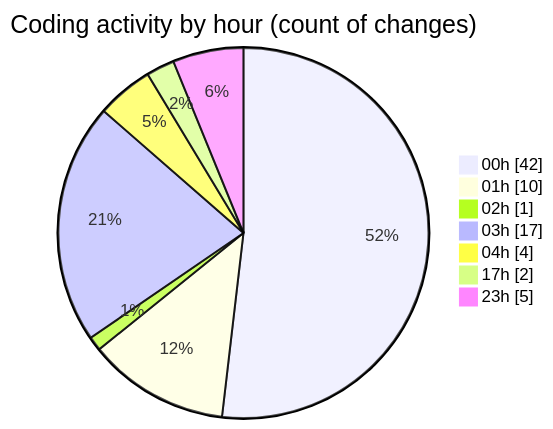
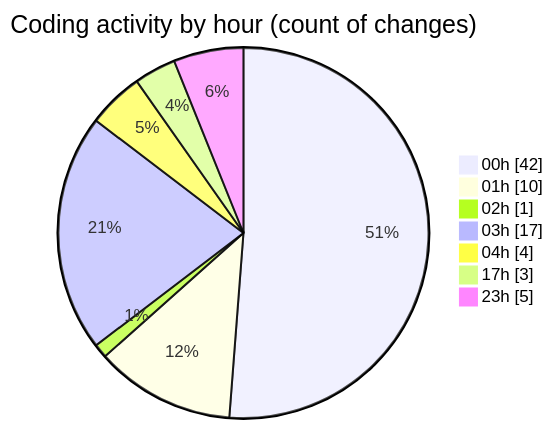
The second of 2 diagrams in 2025-11-27/eventscop-frontend-guide__workspace_/README.md (julien-gomy/code-tracking), drawn with Mermaid before and after one commit. The commit also changed other lines of this file and 1 other file, not shown here.

````diff
--- a/2025-11-27/eventscop-frontend-guide__workspace_/README.md
+++ b/2025-11-27/eventscop-frontend-guide__workspace_/README.md
@@ -50,11 +51,11 @@
 ```mermaid
 pie showData
 title Coding activity by hour (count of changes)
 "00h" : 42
 "01h" : 10
 "02h" : 1
 "03h" : 17
 "04h" : 4
-"17h" : 2
+"17h" : 3
 "23h" : 5
 ```
````
